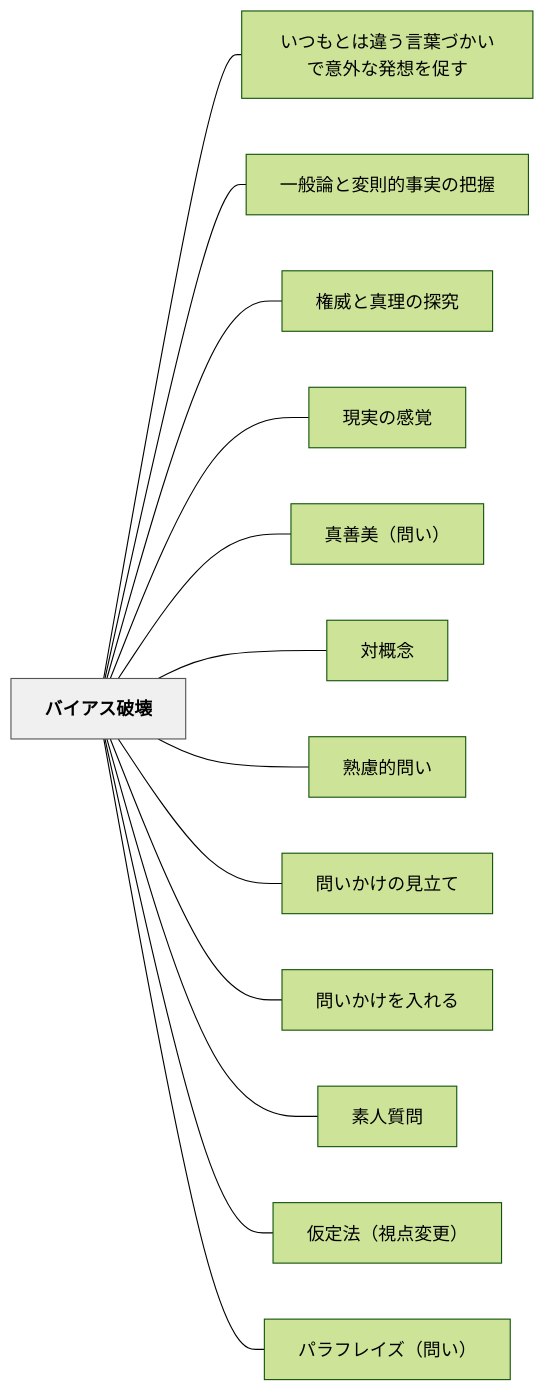
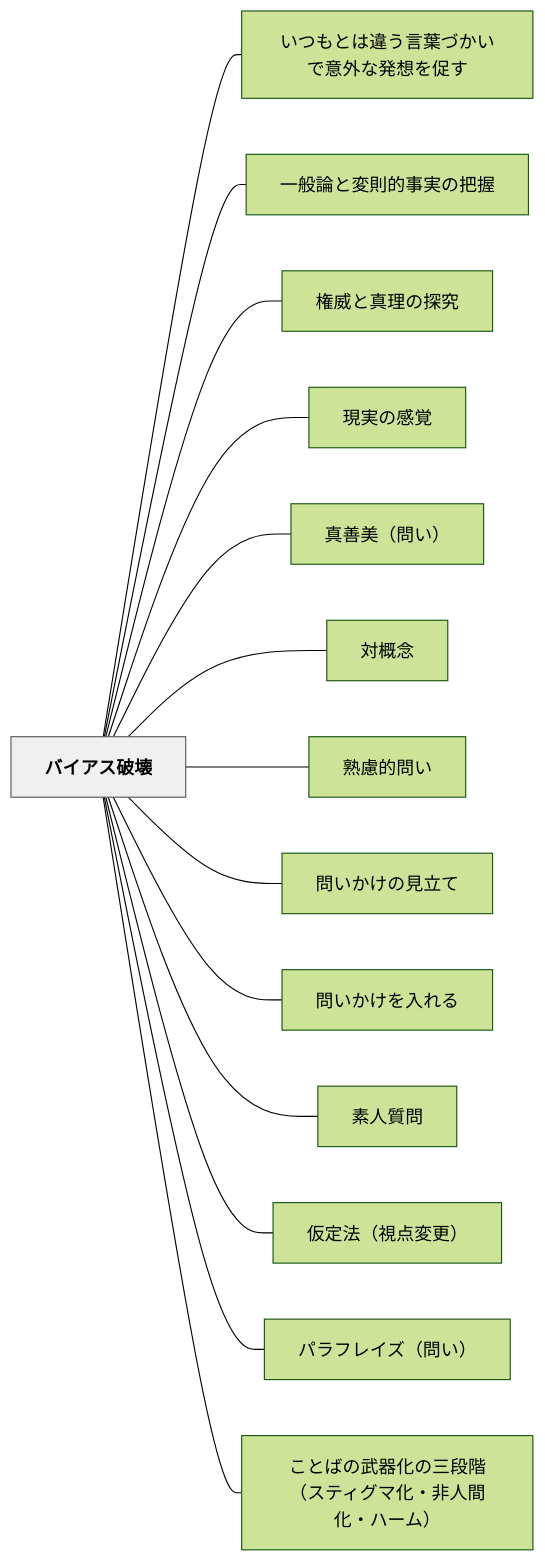
The diagram in content/パタン/バイアス破壊.md (unknownthings-ed-patterns/unknownthings-ed-patterns), drawn with Mermaid (forest theme) before and after one commit. The commit also changed other lines of this file and 2 other files, not shown here.

Commit message:
auto: Obsidianから同期 2026-06-19 21:38

````diff
--- a/content/パタン/バイアス破壊.md
+++ b/content/パタン/バイアス破壊.md
@@ -77,32 +78,34 @@
 ```mermaid
 flowchart LR
     ne38390e382a4e382a2e382b9e7a0b4e5a38a["バイアス破壊"]
     ne38184e381a4e38282e381a8e381afe98195e38186e8a880e89189e381a5e3818be38184e381a7e6848fe5a496e381aae799bae683b3e38292e4bf83e38199["いつもとは違う言葉づかいで意外な発想を促す"]
     ne4b880e888ace8ab96e381a8e5a489e58987e79a84e4ba8be5ae9fe381aee68a8ae68fa1["一般論と変則的事実の把握"]
     ne6a8a9e5a881e381a8e79c9fe79086e381aee68ea2e7a9b6["権威と真理の探究"]
     ne78fbee5ae9fe381aee6849fe8a69a["現実の感覚"]
     ne79c9fe59684e7be8eefbc88e5958fe38184efbc89["真善美（問い）"]
     ne5afbee6a682e5bfb5["対概念"]
     ne7869fe685aee79a84e5958fe38184["熟慮的問い"]
     ne5958fe38184e3818be38191e381aee8a68be7ab8be381a6["問いかけの見立て"]
     ne5958fe38184e3818be38191e38292e585a5e3828ce3828b["問いかけを入れる"]
     ne7b4a0e4babae8b3aae5958f["素人質問"]
     ne4bbaee5ae9ae6b395efbc88e8a696e782b9e5a489e69bb4efbc89["仮定法（視点変更）"]
     ne38391e383a9e38395e383ace382a4e382baefbc88e5958fe38184efbc89["パラフレイズ（問い）"]
+    ne38193e381a8e381b0e381aee6ada6e599a8e58c96e381aee4b889e6aeb5e99a8eefbc88e382b9e38386e382a3e382b0e3839ee58c96e383bbe99d9ee4babae99693e58c96e383bbe3838fe383bce383a0efbc89["ことばの武器化の三段階（スティグマ化・非人間化・ハーム）"]
 
     ne38390e382a4e382a2e382b9e7a0b4e5a38a --- ne38184e381a4e38282e381a8e381afe98195e38186e8a880e89189e381a5e3818be38184e381a7e6848fe5a496e381aae799bae683b3e38292e4bf83e38199
     ne38390e382a4e382a2e382b9e7a0b4e5a38a --- ne4b880e888ace8ab96e381a8e5a489e58987e79a84e4ba8be5ae9fe381aee68a8ae68fa1
     ne38390e382a4e382a2e382b9e7a0b4e5a38a --- ne6a8a9e5a881e381a8e79c9fe79086e381aee68ea2e7a9b6
     ne38390e382a4e382a2e382b9e7a0b4e5a38a --- ne78fbee5ae9fe381aee6849fe8a69a
     ne38390e382a4e382a2e382b9e7a0b4e5a38a --- ne79c9fe59684e7be8eefbc88e5958fe38184efbc89
     ne38390e382a4e382a2e382b9e7a0b4e5a38a --- ne5afbee6a682e5bfb5
     ne38390e382a4e382a2e382b9e7a0b4e5a38a --- ne7869fe685aee79a84e5958fe38184
     ne38390e382a4e382a2e382b9e7a0b4e5a38a --- ne5958fe38184e3818be38191e381aee8a68be7ab8be381a6
     ne38390e382a4e382a2e382b9e7a0b4e5a38a --- ne5958fe38184e3818be38191e38292e585a5e3828ce3828b
     ne38390e382a4e382a2e382b9e7a0b4e5a38a --- ne7b4a0e4babae8b3aae5958f
     ne38390e382a4e382a2e382b9e7a0b4e5a38a --- ne4bbaee5ae9ae6b395efbc88e8a696e782b9e5a489e69bb4efbc89
     ne38390e382a4e382a2e382b9e7a0b4e5a38a --- ne38391e383a9e38395e383ace382a4e382baefbc88e5958fe38184efbc89
+    ne38390e382a4e382a2e382b9e7a0b4e5a38a --- ne38193e381a8e381b0e381aee6ada6e599a8e58c96e381aee4b889e6aeb5e99a8eefbc88e382b9e38386e382a3e382b0e3839ee58c96e383bbe99d9ee4babae99693e58c96e383bbe3838fe383bce383a0efbc89
 
     classDef hub fill:#f0f0f0,stroke:#555,color:#000,font-weight:bold
     class ne38390e382a4e382a2e382b9e7a0b4e5a38a hub
 ```
````
